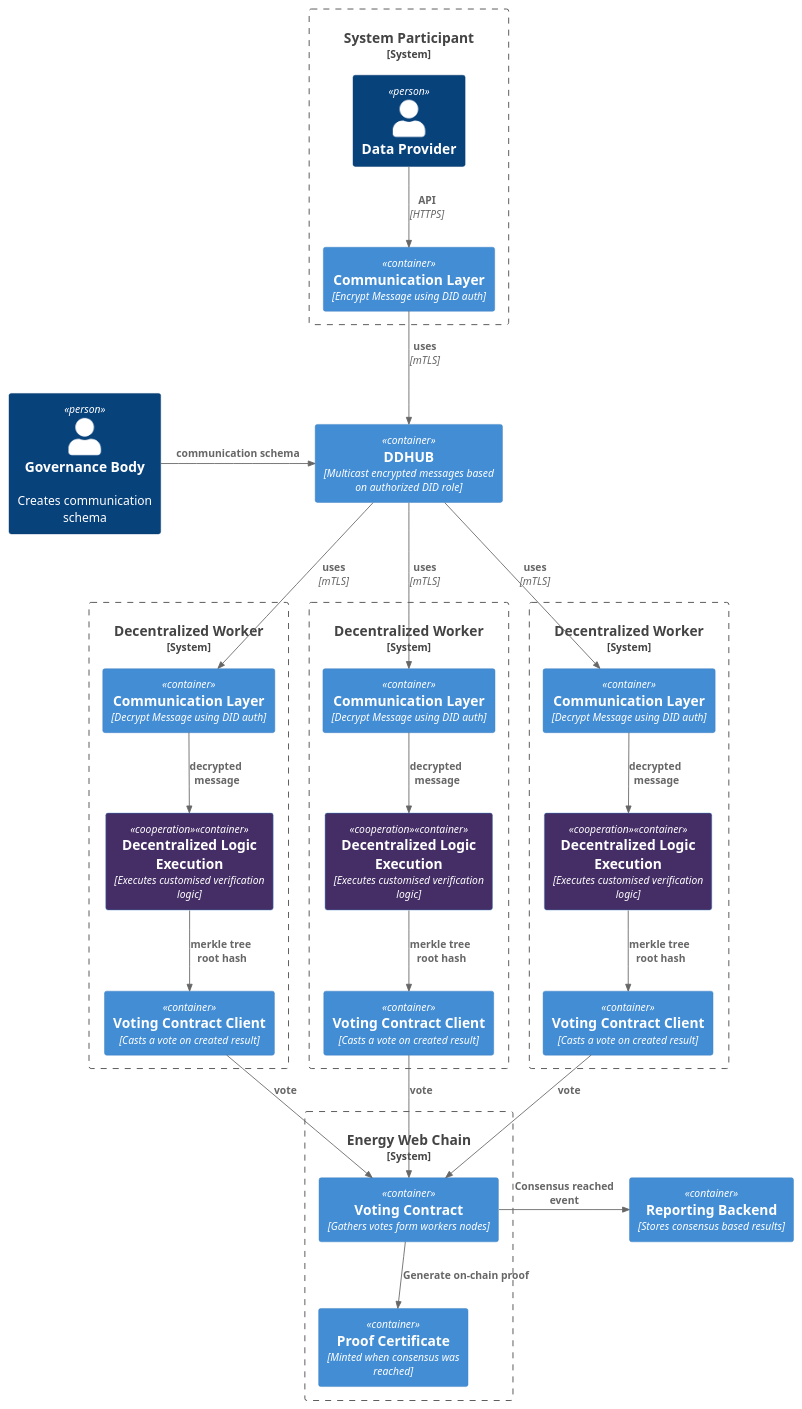
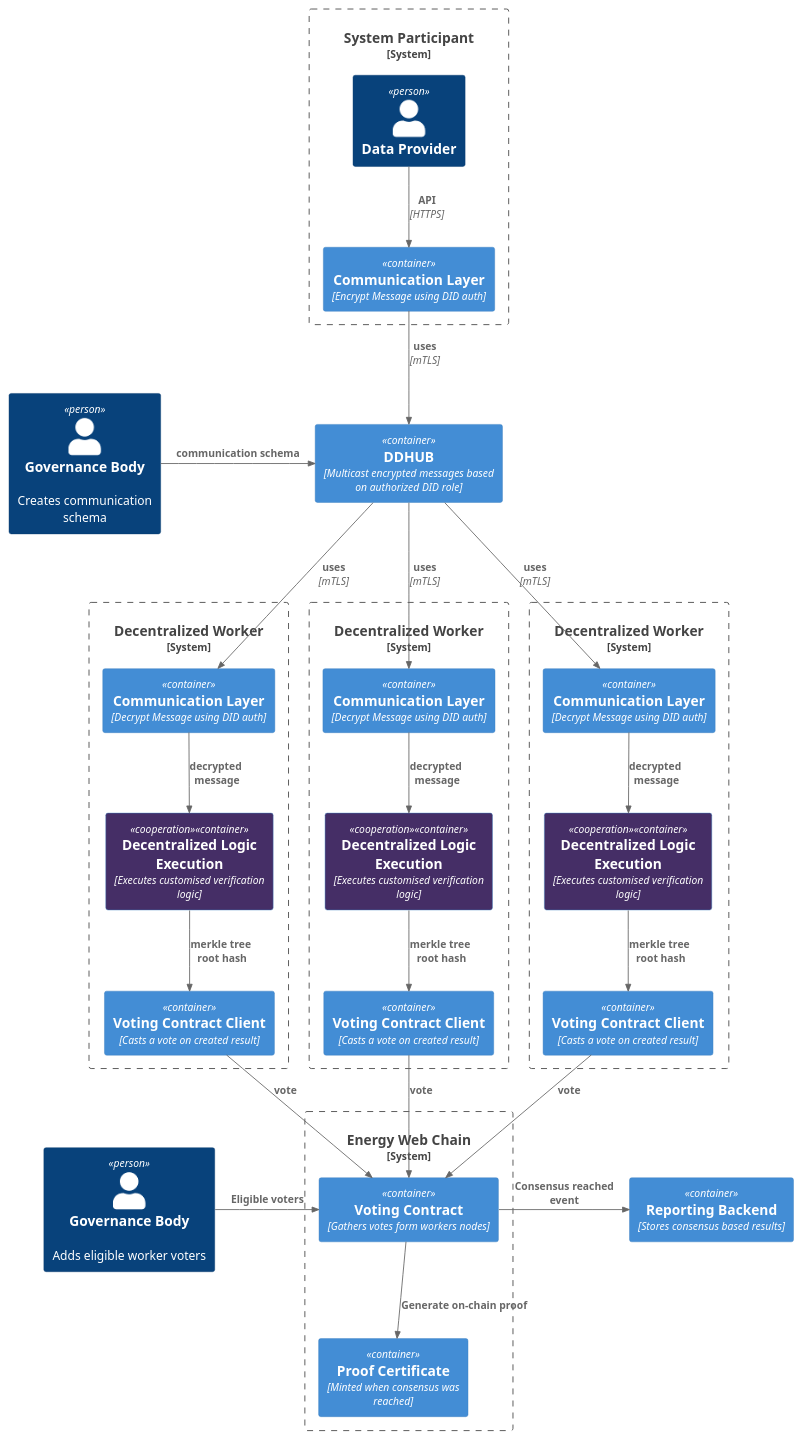
Before and after one commit to energywebfoundation/worker-contract: the diagram in architecture/green_proofs.plantuml, drawn with PlantUML. The commit also changed 1 other file, not shown here.

Commit message:
chore: arch add voting contract gov body

```diff
--- a/architecture/green_proofs.plantuml
+++ b/architecture/green_proofs.plantuml
@@ -1,62 +1,65 @@
 @startuml GreenProofs
 !include https://raw.githubusercontent.com/plantuml-stdlib/C4-PlantUML/master/C4_Container.puml
 
 AddElementTag("cooperation", $bgColor="#452E66")
 
 Container(ddhub, "DDHUB", "Multicast encrypted messages based on authorized DID role")
 Container(cache, "Reporting Backend", "Stores consensus based results")
 
 System_Boundary(participant1, "System Participant") {
   Person(provider, "Data Provider")
   Container(communication_client1, "Communication Layer", "Encrypt Message using DID auth" )
 }
 
 Person(gov, "Governance Body", "Creates communication schema")
+Person(gov_1, "Governance Body", "Adds eligible worker voters")
 
 System_Boundary(worker_node1, "Decentralized Worker") {
   Container(communication1, "Communication Layer", "Decrypt Message using DID auth" )
   Container(worker1, "Decentralized Logic Execution", "Executes customised verification logic", $tags="cooperation")
   Container(contractClient1, "Voting Contract Client", "Casts a vote on created result")
 }
 
 System_Boundary(worker_node2, "Decentralized Worker") {
   Container(communication2, "Communication Layer", "Decrypt Message using DID auth" )
   Container(worker2, "Decentralized Logic Execution", "Executes customised verification logic", $tags="cooperation")
   Container(contractClient2, "Voting Contract Client", "Casts a vote on created result")
 }
 
 System_Boundary(worker_node3, "Decentralized Worker") {
   Container(communication3, "Communication Layer", "Decrypt Message using DID auth" )
   Container(worker3, "Decentralized Logic Execution", "Executes customised verification logic", $tags="cooperation")
   Container(contractClient3, "Voting Contract Client", "Casts a vote on created result")
 }
 
 System_Boundary(ewc, "Energy Web Chain") {
   Container(votingContract, "Voting Contract", "Gathers votes form workers nodes")
   Container(nft, "Proof Certificate", "Minted when consensus was reached")
 }
 
 Rel(provider, communication_client1, "API", "HTTPS")
 Rel(communication_client1, ddhub, "uses", "mTLS")
 
 Rel_R(gov, ddhub, "communication schema")
 
 Rel(communication1, worker1, "decrypted\n message")
 Rel(worker1, contractClient1, "merkle tree\n root hash")
 Rel(contractClient1, votingContract, "vote")
 Rel(ddhub, communication1, "uses", "mTLS")
 
 Rel(communication2, worker2, "decrypted\n message")
 Rel(worker2, contractClient2, "merkle tree\n root hash")
 Rel(contractClient2, votingContract, "vote")
 Rel(ddhub, communication2, "uses", "mTLS")
 
 Rel(communication3, worker3, "decrypted\n message")
 Rel(worker3, contractClient3, "merkle tree\n root hash")
 Rel(contractClient3, votingContract, "vote")
 Rel(ddhub, communication3, "uses", "mTLS")
 
 Rel(votingContract, nft, "Generate on-chain proof")
 Rel_R(votingContract, cache, "Consensus reached event")
+Rel_R(gov_1, votingContract, "Eligible voters")
+Lay_L(votingContract, gov_1)
 
 @enduml
```
